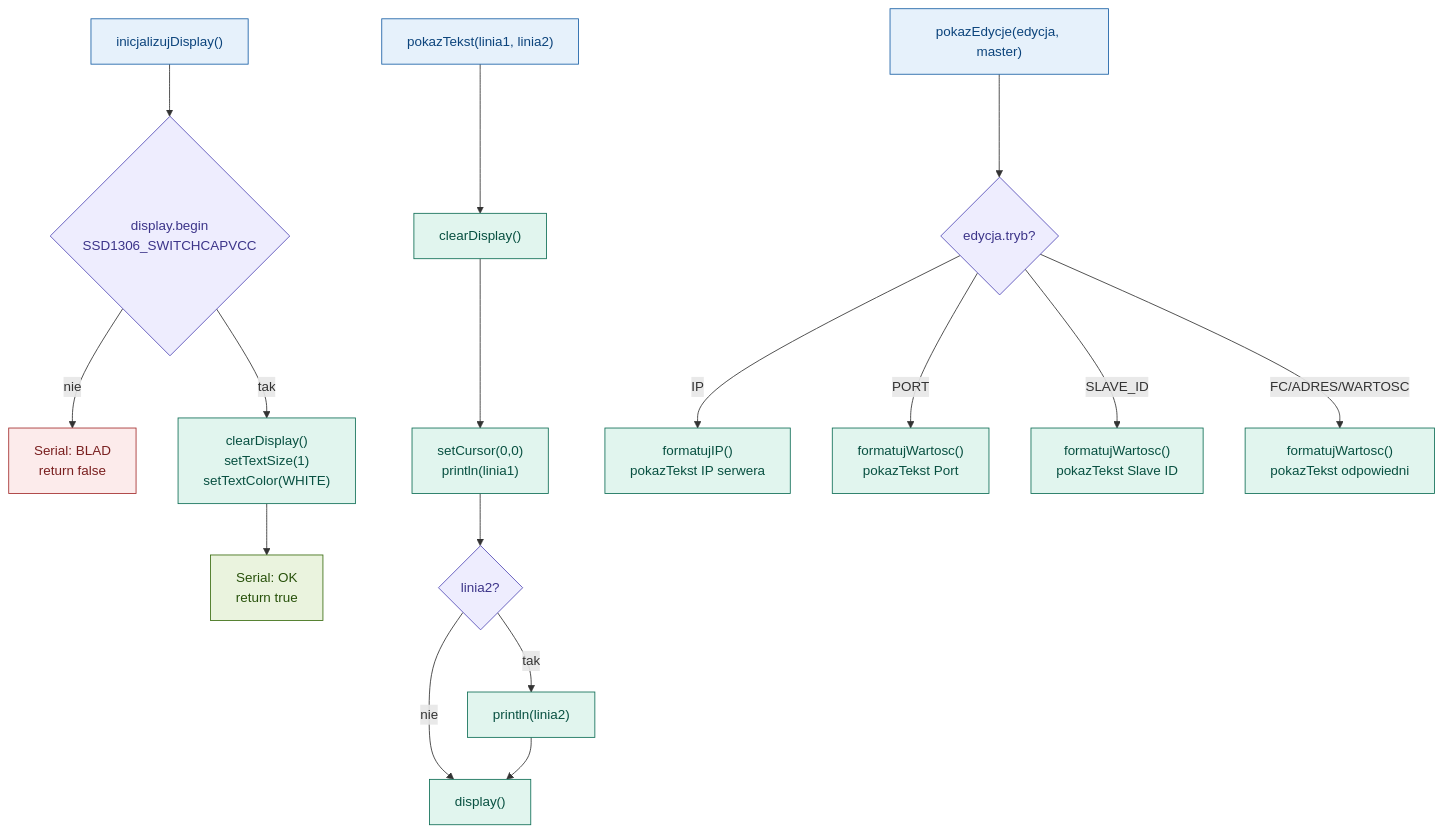
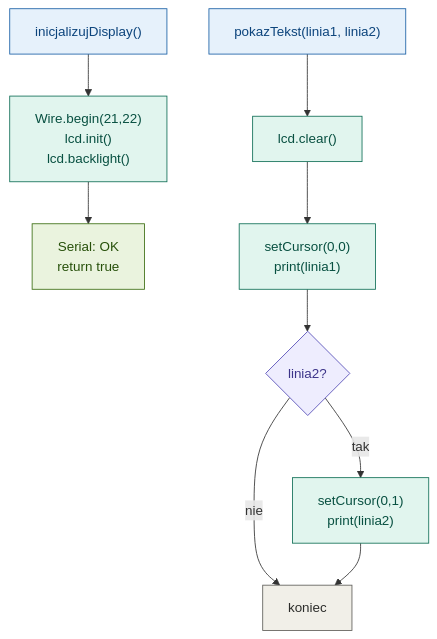
Before and after one commit to przemek2508p/esp32-modbus-w5500: the first of 4 diagrams in README.md, drawn with Mermaid. The commit also changed other lines of this file, not shown here.

Commit message:
docs(readme): etap 6 integracja modbus, zamiana OLED na LCD I2C, uwagi o konfiguracji

````diff
--- a/README.md
+++ b/README.md
@@ -245,26 +86,18 @@
 ```mermaid
 flowchart TD
-    A["inicjalizujDisplay()"]:::blue --> B{"display.begin<br/>SSD1306_SWITCHCAPVCC"}:::purple
-    B -- nie --> C["Serial: BLAD<br/>return false"]:::red
-    B -- tak --> D["clearDisplay()<br/>setTextSize(1)<br/>setTextColor(WHITE)"]:::teal
-    D --> E["Serial: OK<br/>return true"]:::green
+    A["inicjalizujDisplay()"]:::blue --> B["Wire.begin(21,22)<br/>lcd.init()<br/>lcd.backlight()"]:::teal
+    B --> E["Serial: OK<br/>return true"]:::green
 
-    F["pokazTekst(linia1, linia2)"]:::blue --> G["clearDisplay()"]:::teal
-    G --> H["setCursor(0,0)<br/>println(linia1)"]:::teal
+    F["pokazTekst(linia1, linia2)"]:::blue --> G["lcd.clear()"]:::teal
+    G --> H["setCursor(0,0)<br/>print(linia1)"]:::teal
     H --> I{"linia2?"}:::purple
-    I -- tak --> J["println(linia2)"]:::teal
-    I -- nie --> K["display()"]:::teal
+    I -- tak --> J["setCursor(0,1)<br/>print(linia2)"]:::teal
+    I -- nie --> K["koniec"]:::gray
     J --> K
-
-    L["pokazEdycje(edycja, master)"]:::blue --> M{"edycja.tryb?"}:::purple
-    M -- IP --> N["formatujIP()<br/>pokazTekst IP serwera"]:::teal
-    M -- PORT --> O["formatujWartosc()<br/>pokazTekst Port"]:::teal
-    M -- SLAVE_ID --> P["formatujWartosc()<br/>pokazTekst Slave ID"]:::teal
-    M -- FC/ADRES/WARTOSC --> Q["formatujWartosc()<br/>pokazTekst odpowiedni"]:::teal
 
     classDef blue fill:#E6F1FB,stroke:#185FA5,color:#0C447C
     classDef purple fill:#EEEDFE,stroke:#534AB7,color:#3C3489
     classDef green fill:#EAF3DE,stroke:#3B6D11,color:#27500A
     classDef teal fill:#E1F5EE,stroke:#0F6E56,color:#085041
-    classDef red fill:#FCEBEB,stroke:#A32D2D,color:#791F1F
+    classDef gray fill:#F1EFE8,stroke:#5F5E5A,color:#2C2C2A
 ```
````
